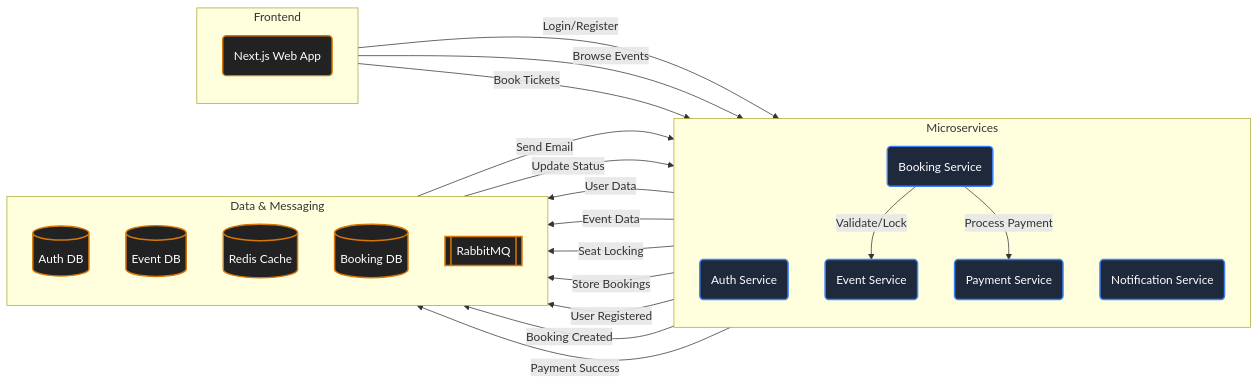
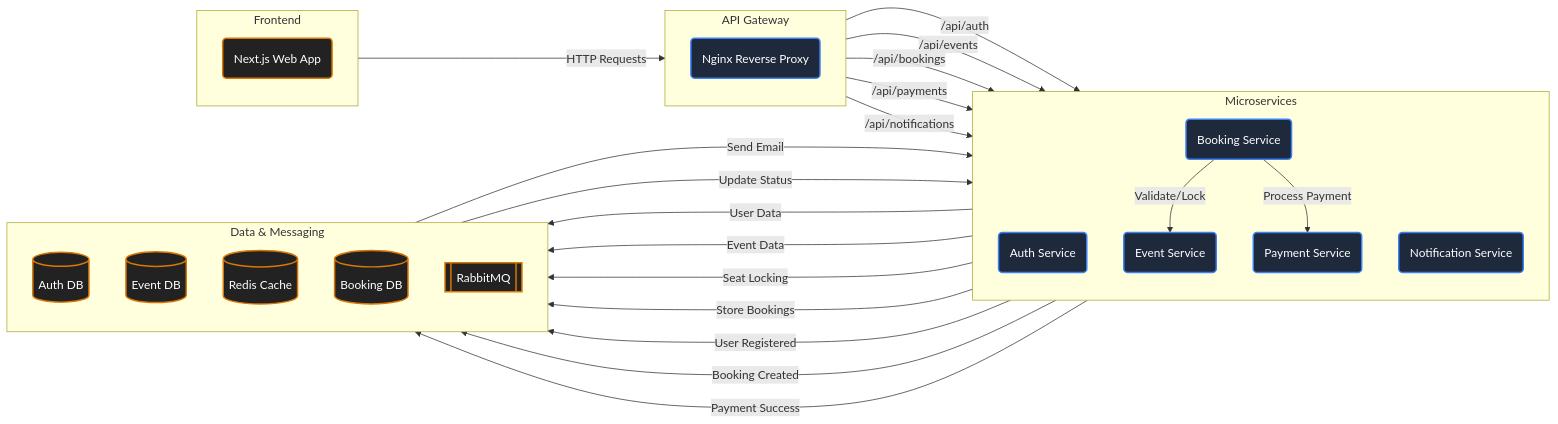
Before and after one commit to Antiaastu/distributed-event-ticketing: the diagram in README.md, drawn with Mermaid. The commit also changed other lines of this file and 25 other files, not shown here.

First line of the commit message:
feat: implement Nginx API Gateway and update routing to port 8080

````diff
--- a/README.md
+++ b/README.md
@@ -19,56 +19,69 @@
 ```mermaid
 graph LR
     %% Styles matching the reference image
     classDef frontend fill:#222,stroke:#d97706,stroke-width:2px,color:#fff,rx:5,ry:5;
     classDef service fill:#1e293b,stroke:#3b82f6,stroke-width:2px,color:#fff,rx:5,ry:5;
     classDef database fill:#222,stroke:#d97706,stroke-width:2px,color:#fff,rx:5,ry:5;
     classDef messaging fill:#222,stroke:#d97706,stroke-width:2px,color:#fff,rx:5,ry:5;
 
     %% Left Column: Frontend
     subgraph Frontend_Group [Frontend]
         direction TB
         NextJS(Next.js Web App):::frontend
+    end
+
+    %% API Gateway
+    subgraph Gateway_Group [API Gateway]
+        direction TB
+        Nginx(Nginx Reverse Proxy):::service
     end
 
     %% Middle Column: Microservices (Ordered to minimize crossing)
     subgraph Services_Group [Microservices]
         direction TB
         Auth(Auth Service):::service
         Event(Event Service):::service
         Booking(Booking Service):::service
         Payment(Payment Service):::service
         Notif(Notification Service):::service
     end
 
     %% Right Column: Databases & Messaging (Aligned with Services)
     subgraph Data_Group [Data & Messaging]
         direction TB
         AuthDB[(Auth DB)]:::database
         EventDB[(Event DB)]:::database
         Redis[(Redis Cache)]:::database
         BookingDB[(Booking DB)]:::database
         RabbitMQ[[RabbitMQ]]:::messaging
     end
 
-    %% Connections: Frontend -> Services
-    NextJS -->|Login/Register| Auth
-    NextJS -->|Browse Events| Event
-    NextJS -->|Book Tickets| Booking
+    %% Connections: Frontend -> Gateway
+    NextJS -->|HTTP Requests| Nginx
+
+    %% Connections: Gateway -> Services
+    Nginx -->|/api/auth| Auth
+    Nginx -->|/api/events| Event
+    Nginx -->|/api/bookings| Booking
+    Nginx -->|/api/payments| Payment
+    Nginx -->|/api/notifications| Notif
 
     %% Connections: Services -> Databases (Horizontal)
     Auth -->|User Data| AuthDB
     Event -->|Event Data| EventDB
     Event -->|Seat Locking| Redis
     Booking -->|Store Bookings| BookingDB
 
     %% Connections: Inter-service (Vertical)
     Booking -->|Validate/Lock| Event
     Booking -->|Process Payment| Payment
 
     %% Connections: Messaging (Fan-in/Fan-out)
     Auth -->|User Registered| RabbitMQ
     Booking -->|Booking Created| RabbitMQ
     Payment -->|Payment Success| RabbitMQ
-    RabbitMQ -->|Send Email| Notif
+    
+    %% Increased length to avoid overlap
+    RabbitMQ --->|Send Email| Notif
     RabbitMQ -->|Update Status| Booking
 ```
````
